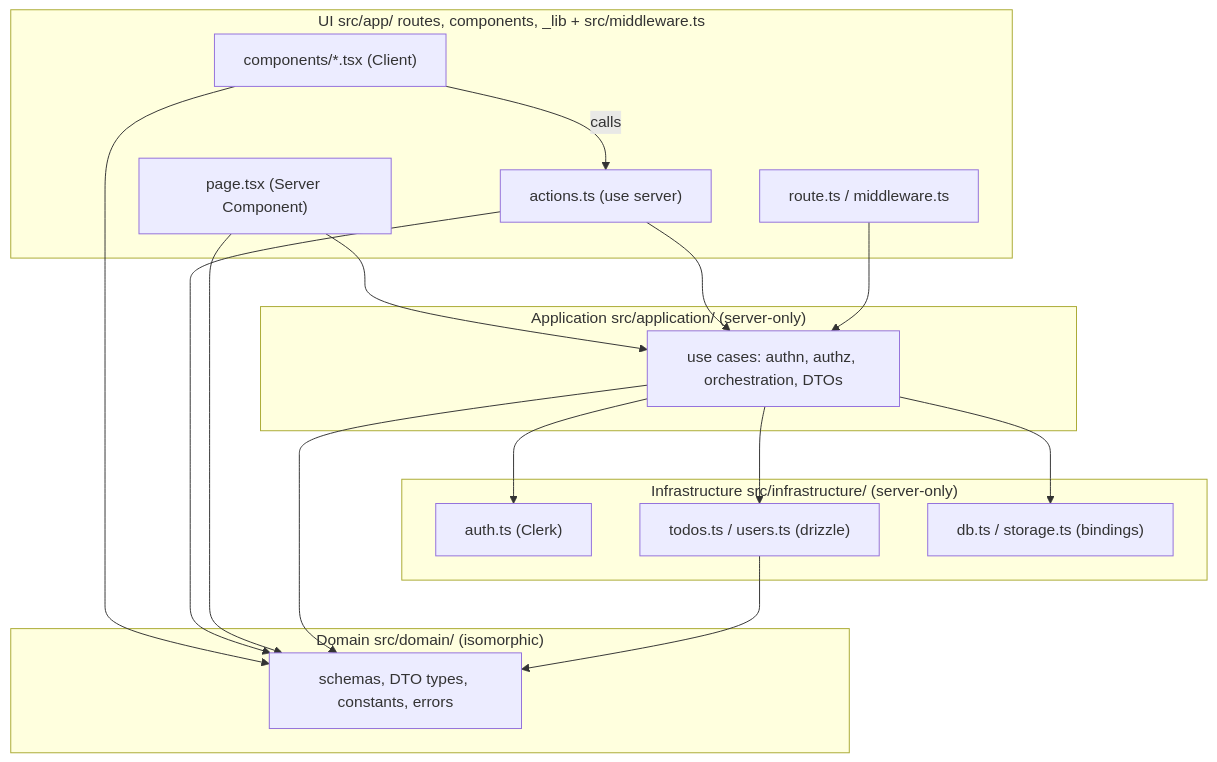
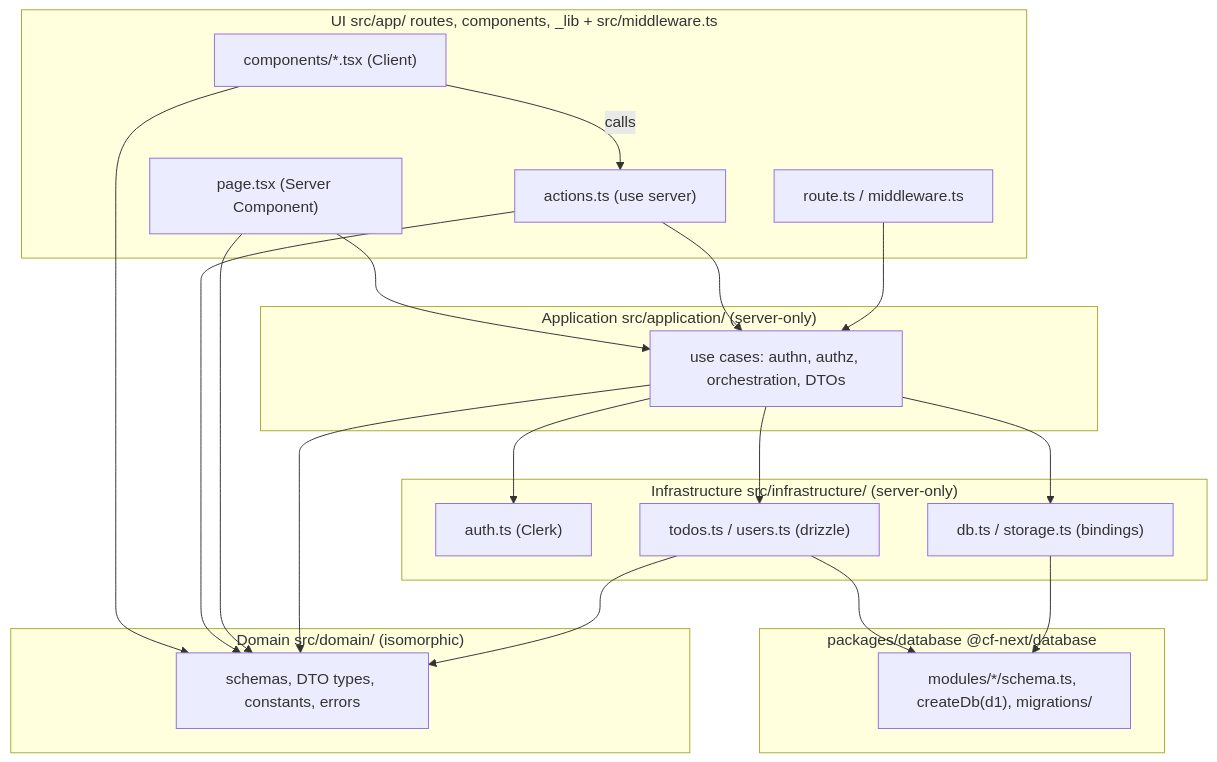
One commit to lilpacy/cloudflare-next-boilerplate changed the first of 2 diagrams in ARCHITECTURE.md. Above: the diagram before and after it, drawn with Mermaid. The commit also changed other lines of this file and 27 other files, not shown here.

First line of the commit message:
feat: move table definitions and migrations into packages/database (ADR-0003) (#21)

````diff
--- a/ARCHITECTURE.md
+++ b/ARCHITECTURE.md
@@ -32,32 +33,37 @@
 ```mermaid
 flowchart TB
   subgraph UI["UI  src/app/ routes, components, _lib + src/middleware.ts"]
     P["page.tsx (Server Component)"]
     C["components/*.tsx (Client)"]
     A["actions.ts (use server)"]
     R["route.ts / middleware.ts"]
   end
   subgraph APP["Application  src/application/ (server-only)"]
     S["use cases: authn, authz, orchestration, DTOs"]
   end
   subgraph INF["Infrastructure  src/infrastructure/ (server-only)"]
     I1["auth.ts (Clerk)"]
     I2["todos.ts / users.ts (drizzle)"]
     I3["db.ts / storage.ts (bindings)"]
   end
+  subgraph PKG["packages/database  @cf-next/database"]
+    T["modules/*/schema.ts, createDb(d1), migrations/"]
+  end
   subgraph DOM["Domain  src/domain/ (isomorphic)"]
     D["schemas, DTO types, constants, errors"]
   end
   C -->|"calls"| A
   P --> S
   A --> S
   R --> S
   S --> I1
   S --> I2
   S --> I3
   C --> D
   A --> D
   P --> D
   S --> D
   I2 --> D
+  I2 --> T
+  I3 --> T
 ```
````
